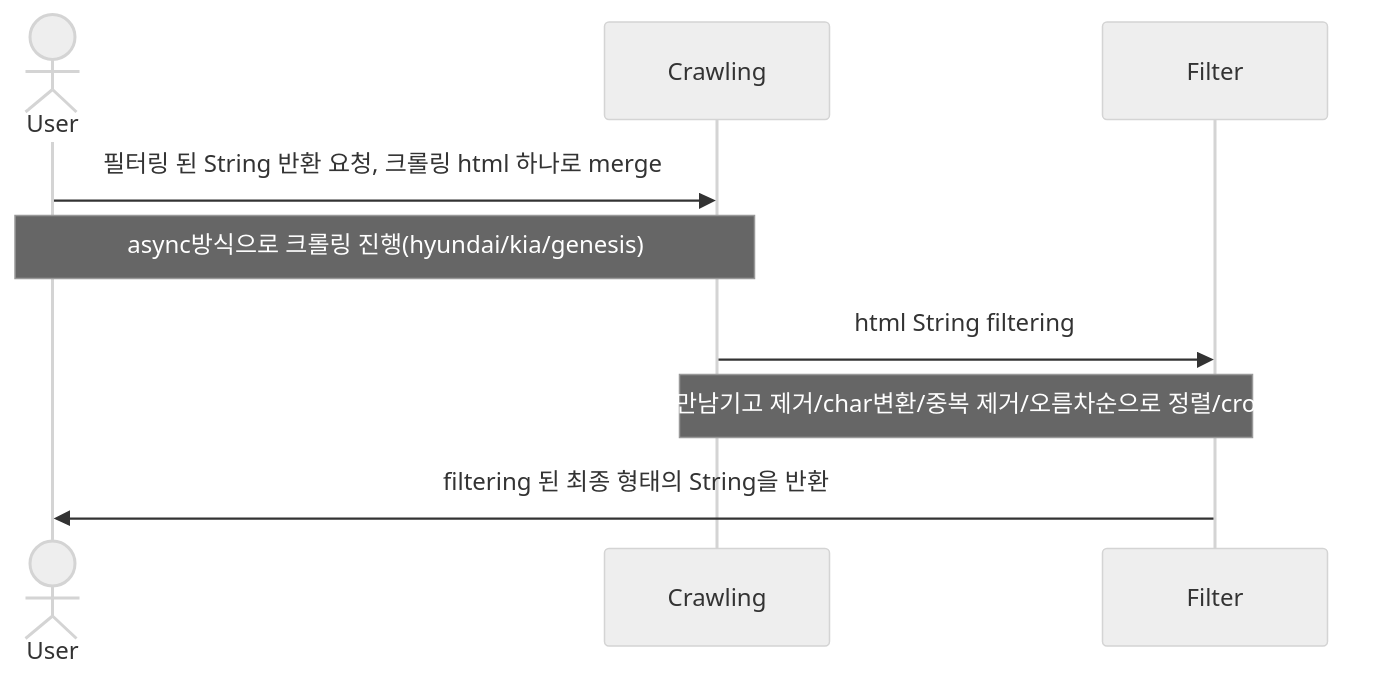
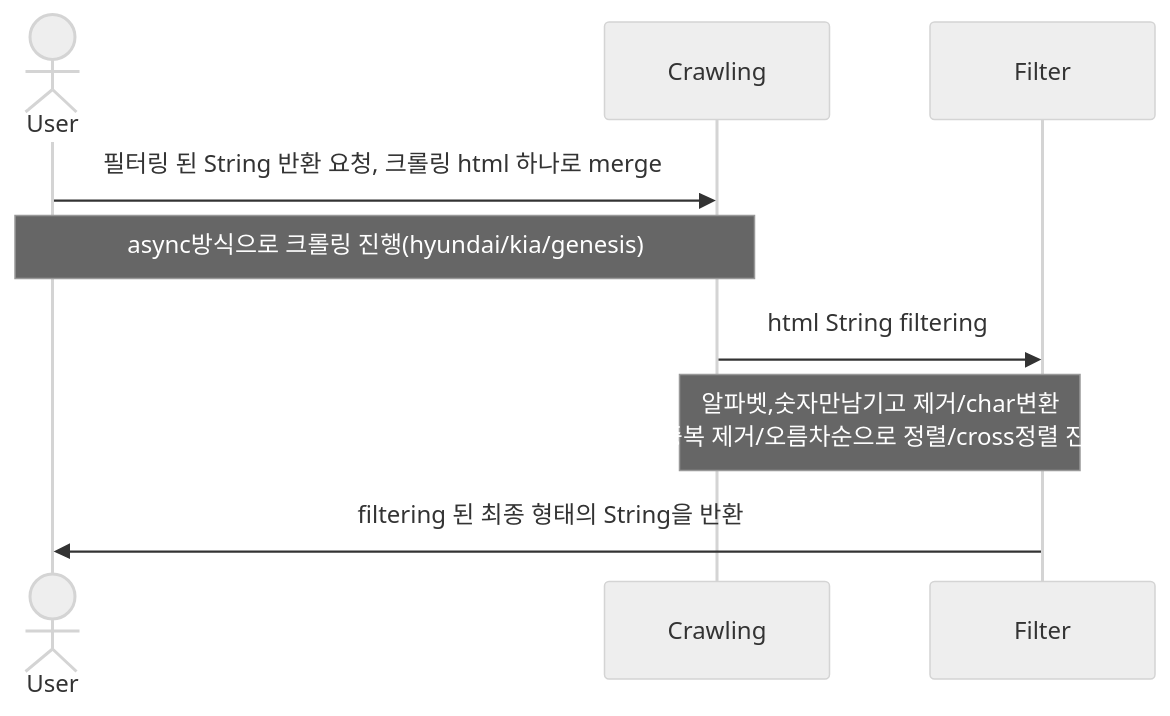
Before and after one commit to chaechaeyi/crawling-program: the diagram in README.md, drawn with Mermaid (neutral theme). The commit also changed other lines of this file, not shown here.

````diff
--- a/README.md
+++ b/README.md
@@ -12,11 +12,11 @@
 ```mermaid
 sequenceDiagram
     actor User
     participant Crawling
     participant Filter
     User->>Crawling: 필터링 된 String 반환 요청, 크롤링 html 하나로 merge
     Note over User, Crawling: async방식으로 크롤링 진행(hyundai/kia/genesis)  
     Crawling->>Filter: html String filtering
-    Note over Crawling, Filter: 알파벳,숫자만남기고 제거/char변환/중복 제거/오름차순으로 정렬/cross정렬 진행
+    Note over Crawling, Filter: 알파벳,숫자만남기고 제거/char변환<br/>/중복 제거/오름차순으로 정렬/cross정렬 진행
     Filter->>User: filtering 된 최종 형태의 String을 반환
 ```
````
